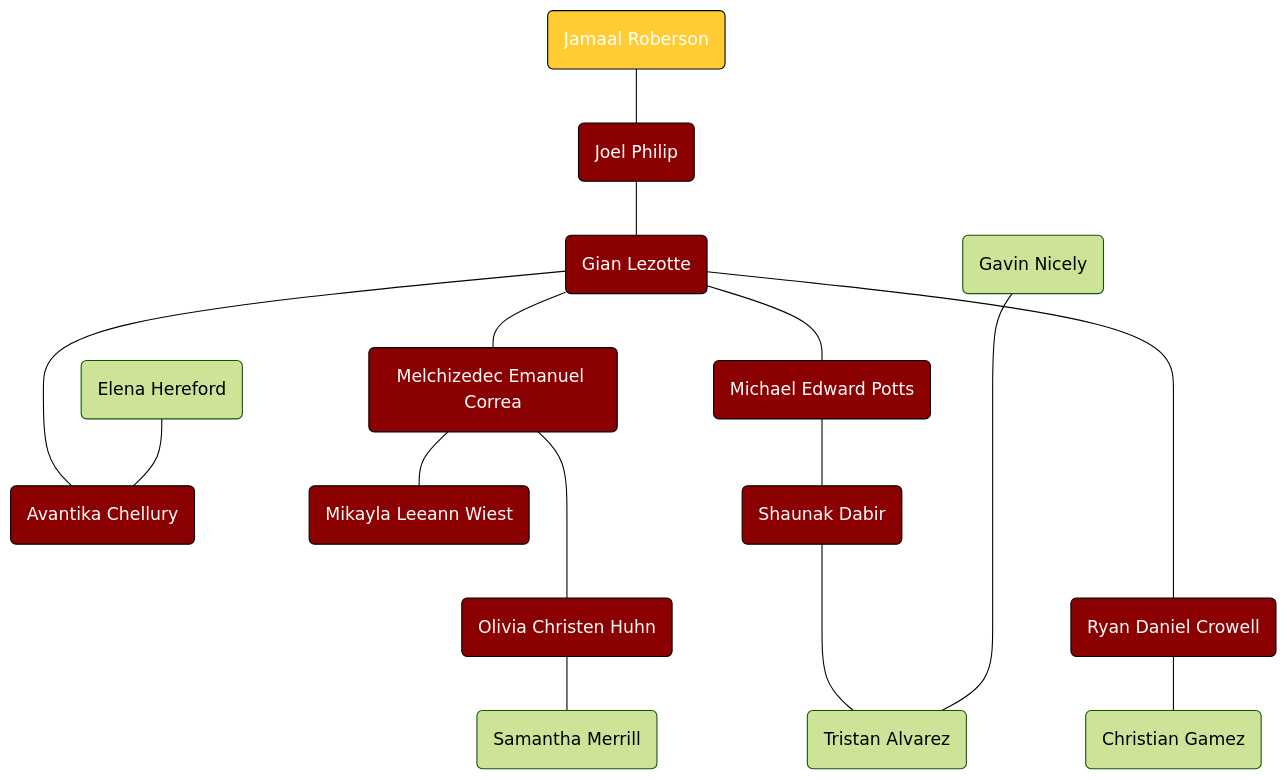
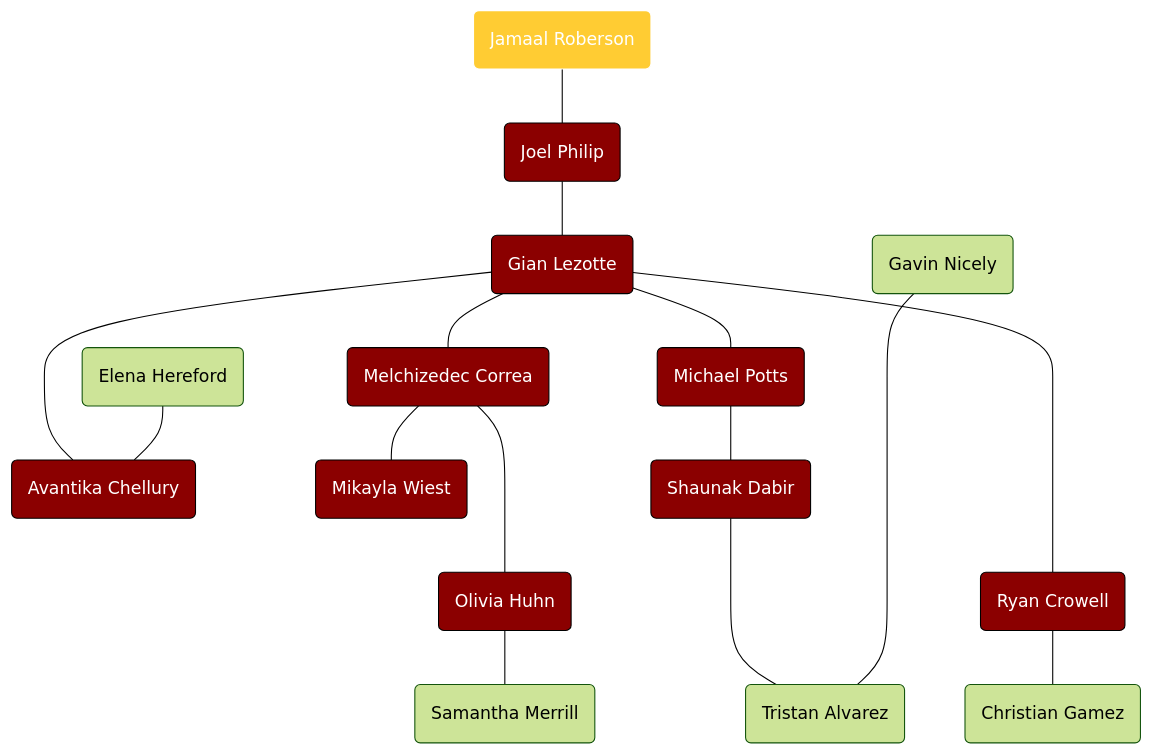
The diagram in Jamaal Roberson’s Line.md (gianlezotte/familytree), drawn with Mermaid (forest theme) before and after one commit. The commit also changed 19 other files, not shown here.

````diff
--- a/Jamaal Roberson’s Line.md
+++ b/Jamaal Roberson’s Line.md
@@ -1,40 +1,40 @@
 ```mermaid
 flowchart TD
 
 %% Colors %%
 classDef red fill:#8B0000,stroke:#000,color:#FFF
-classDef gold fill:#FFCC33,stroke:#000,color:#FFF
+classDef gold fill:#FFCC33,stroke:#FFF,color:#FFF
 
 %% Jamaal Roberson's Line %%
 M210("Jamaal Roberson"):::gold
 M210---M237
 M237("Joel Philip"):::red
 M237---M251
 M251("Gian Lezotte"):::red
 M251---M266 & M267
 M251----M280
 M251-----M298
-M266("Melchizedec Emanuel Correa"):::red
+M266("Melchizedec Correa"):::red
 M266---M287
 M266----M301
-M267("Michael Edward Potts"):::red
+M267("Michael Potts"):::red
 M267---M292
 M280("Avantika Chellury"):::red
-M287("Mikayla Leeann Wiest"):::red
+M287("Mikayla Wiest"):::red
 M292("Shaunak Dabir"):::red
-M298("Ryan Daniel Crowell"):::red
-M301("Olivia Christen Huhn"):::red
+M298("Ryan Crowell"):::red
+M301("Olivia Huhn"):::red
 
 %% Co-Relationships & Current Pledges %%
 M253("Gavin Nicely")
 M263("Elena Hereford")
 M263---M280
 
 M292----MP01
 M253------MP01
 M298---MP03
 M301---MP02
 MP01("Tristan Alvarez")
 MP02("Samantha Merrill")
 MP03("Christian Gamez")
 ```
````
